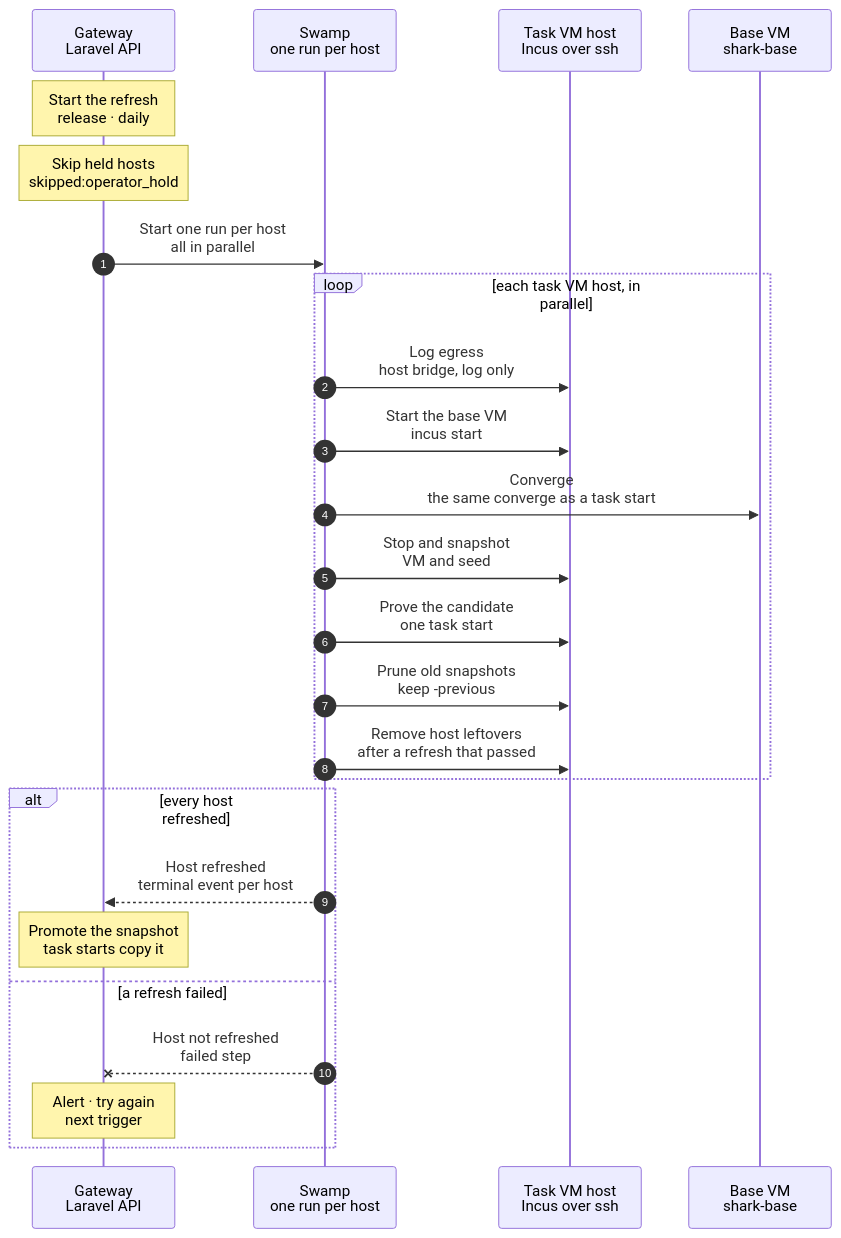
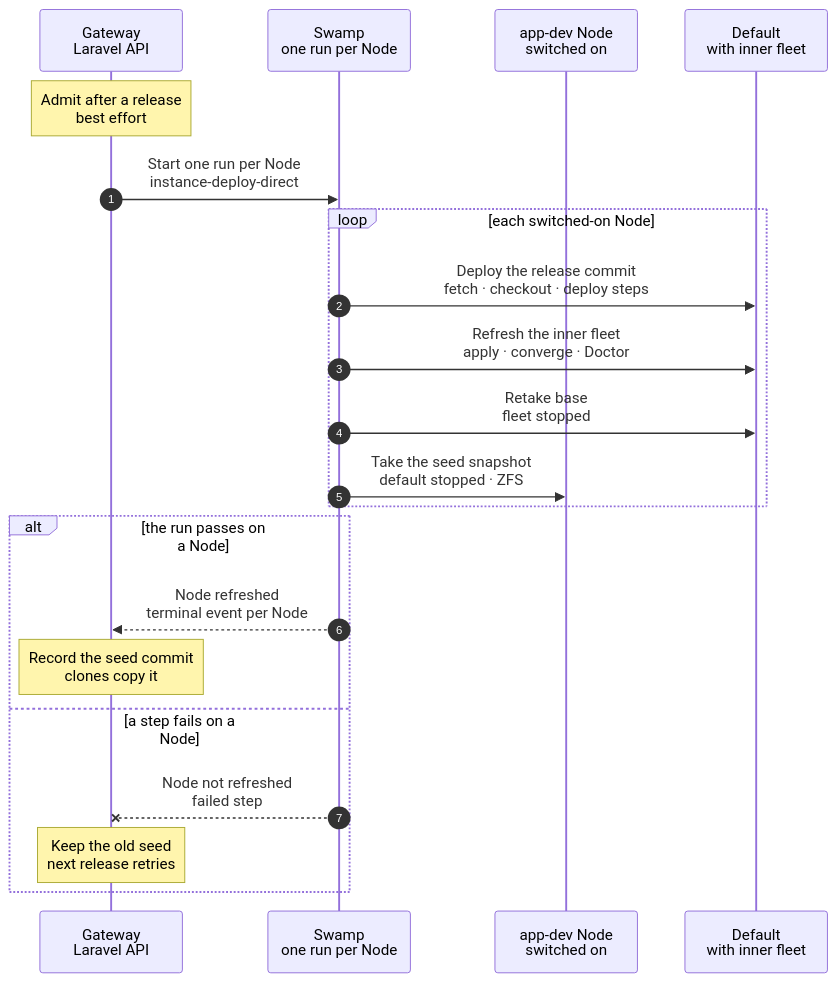
One commit to hardimpactdev/orbit changed the diagram in docs/reference/pipeline/6-task-image-seed-refresh.mmd. Above: the diagram before and after it, drawn with Mermaid. The commit also changed 12 other files, not shown here.

First line of the commit message:
docs(instances): specify the nested fleet and its release refresh

```diff
--- a/docs/reference/pipeline/6-task-image-seed-refresh.mmd
+++ b/docs/reference/pipeline/6-task-image-seed-refresh.mmd
@@ -1,66 +1,48 @@
 sequenceDiagram
-  %% Target design: stage 6 of the command development pipeline. Each task VM host keeps one stopped base VM that never gets an identity; its ZFS snapshot is the base a task start copies. After a release, and once a day, every host starts its base VM, converges it as a task start would, stops it and snapshots it; the snapshot is proven with one task start and the Gateway promotes it. There is no Incus image and no publish. Nothing is copied between hosts. The per-host run: docs/cli/task/vm-image-refresh.mmd.
+  %% Target design: stage 6 of the command development pipeline. Each Node with the nested-fleet switch keeps the nested-fleet Project's default Instance, an Incus container that holds the inner fleet. After each Gateway release, Orbit deploys that default to the release commit, refreshes its fleet and takes the seed snapshot that a task or a new Instance of the Project clones. There is no VM, no image publish and no daily run. The per-Node run: docs/cli/instance/container/fleet-refresh.mmd. Until the last proof runs in containers, the task VM refresh (docs/cli/task/vm-image-refresh.mmd) still runs; see docs/reference/old-paths.md.
   %% status: draft
-  %% command: development pipeline stage 6 · per-host task image and seed refresh
+  %% command: development pipeline stage 6 · per-Node seed refresh
   %% kind: pipeline.6-task-image-seed-refresh
   autonumber
   %% lane GW icon=gateway pill=intent tone=blue
   %% lane SW icon=workflow pill=executes tone=green
-  %% lane H icon=server pill=each host tone=amber
-  %% lane VM icon=server pill=base VM tone=gray
+  %% lane N icon=server pill=each Node tone=amber
+  %% lane C icon=server pill=default tone=purple
   participant GW as Gateway<br/>Laravel API
-  participant SW as Swamp<br/>one run per host
-  participant H as Task VM host<br/>Incus over ssh
-  participant VM as Base VM<br/>shark-base
-  Note over GW: Start the refresh<br/>release · daily
+  participant SW as Swamp<br/>one run per Node
+  participant N as app-dev Node<br/>switched on
+  participant C as Default<br/>with inner fleet
+  Note over GW: Admit after a release<br/>best effort
   %%> Triggers:
-  %%> - every verified Gateway release, after successful verification and successful or skipped Horizon start (the release's step "Admit VM refreshes"); admission uses the verified release's artisan, is best effort and does not wait for refresh completion; a code-only release refreshes too
-  %%> - a daily Schedule; it only dispatches the admission
-  %%> - a host with a refresh open keeps it, and the newest commit waits behind it; the run that ends admits that commit
-  Note over GW: Skip held hosts<br/>skipped:operator_hold
-  %%> Result:
-  %%> - each held host is named in the release admission output or daily admission log; no Operation starts or queues
-  %%> - the host keeps its last promoted snapshot and keeps taking task VMs
-  GW->>SW: Start one run per host<br/>all in parallel
+  %%> - every verified Gateway release, from its admission step after Horizon starts; the release does not wait
+  %%> When:
+  %%> - a Node with a clone copy in flight waits until the copy ends
+  %%> - a Node with a refresh open keeps it; the newest release commit waits behind it
+  GW->>SW: Start one run per Node<br/>instance-deploy-direct
   %%> Why:
-  %%> - each host bakes its own image and seed; copying them between hosts is not a supported flow
-  loop each task VM host, in parallel
-    SW->>H: Log egress<br/>host bridge, log only
+  %%> - each Node keeps its own seed; nothing is copied between Nodes
+  loop each switched-on Node
+    SW->>C: Deploy the release commit<br/>fetch · checkout · deploy steps
     %%> What it does:
-    %%> - sets up the egress log of the host bridge: an nftables rule, an rsyslog file and the DNS log of the bridge's dnsmasq; nothing is blocked
-    %%> - the first run sets `raw.dnsmasq`, which runs the setup of the bridge again and restarts its dnsmasq: running VMs lose DNS for about a second, and Incus runs that dnsmasq without its AppArmor profile
-    SW->>H: Start the base VM<br/>incus start
+    %%> - the same steps as every container default deployment
+    SW->>C: Refresh the inner fleet<br/>apply · converge · Doctor
     %%> What it does:
-    %%> - a host without a promoted base gets one here, from the stock Ubuntu VM image and an empty seed volume: a new host, or one whose earlier base never passed its first boot; the converge that follows builds everything else
-    SW->>VM: Converge<br/>the same converge as a task start
+    %%> - starts the fleet, migrates the nested Gateway, converges the two nested Nodes, waits for Doctor
+    SW->>C: Retake base<br/>fleet stopped
+    %%> Why:
+    %%> - a restore reverts device and config keys, so `base` holds every fleet rule
+    SW->>N: Take the seed snapshot<br/>default stopped · ZFS
     %%> What it does:
-    %%> - outer VM: packages, tools, Swamp, orbit-agent, the Pi server, sshd and UFW at the release's pins; each part runs only when its digest changed
-    %%> - the warm checkout: main at the release commit, installs only where a lock file changed
-    %%> - each container: migrations and restarts only when the code changed; no wait for nested services and no identity wipe
-    %%> - a base VM without a nested fleet builds it once, in the same converge: the containers from stock Ubuntu, the nested Gateway from one local `gateway-bootstrap` run, app-dev and app-prod through its own Orbit, and a Doctor wait; a base VM with its fleet skips the build
-    SW->>H: Stop and snapshot<br/>VM and seed
-    %%> What it does:
-    %%> - stops the base VM and snapshots it and its seed volume; ZFS snapshots, about 1 s
-    SW->>H: Prove the candidate<br/>one task start
-    %%> What it does:
-    %%> - steps 2 to 4 of a task start from the new snapshot in a free place, then its release
-    SW->>H: Prune old snapshots<br/>keep -previous
-    %%> What it does:
-    %%> - keeps the new snapshot and the one before it; removes older ones
-    SW->>H: Remove host leftovers<br/>after a refresh that passed
-    %%> What it does:
-    %%> - removes images, seed volumes and projects no current path makes
-    %%> - a failure fails no refresh; the result says `host_clean: succeeded`, `failed` or `skipped` (the refresh failed first)
+    %%> - removes the Club key, stops the default and snapshots it
   end
-  alt every host refreshed
-    SW-->>GW: Host refreshed<br/>terminal event per host
-    Note over GW: Promote the snapshot<br/>task starts copy it
+  alt the run passes on a Node
+    SW-->>GW: Node refreshed<br/>terminal event per Node
+    Note over GW: Record the seed commit<br/>clones copy it
     %%> Result:
-    %%> - target about 25 s per host for a no-op refresh before the proof; one slow host does not hold the others
-    %%> - the first refresh of a new host builds the whole base, its nested fleet included (about 30 min of it)
-  else a refresh failed
-    SW--xGW: Host not refreshed<br/>failed step
-    Note over GW: Alert · try again<br/>next trigger
+    %%> - one slow Node does not hold the others; existing clones keep their fleet
+  else a step fails on a Node
+    SW--xGW: Node not refreshed<br/>failed step
+    Note over GW: Keep the old seed<br/>next release retries
     %%> Result:
-    %%> - the base VM is rolled back to the recorded snapshot and the run's snapshot removed; the identity that proved it is released
+    %%> - clones keep copying the old seed; the Operation names the failed step
   end
```
